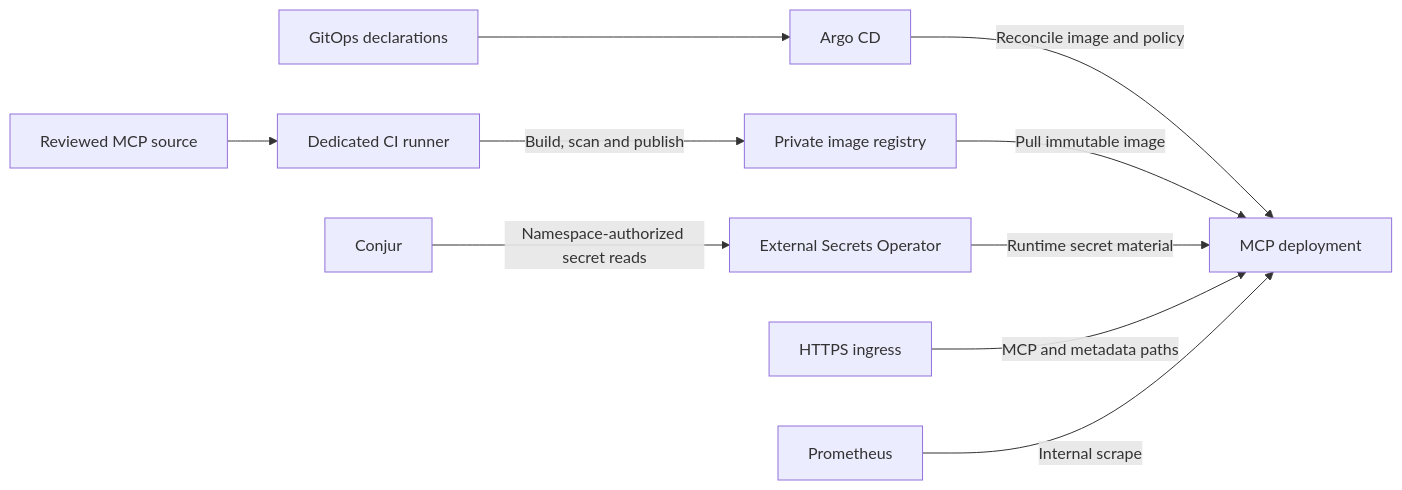
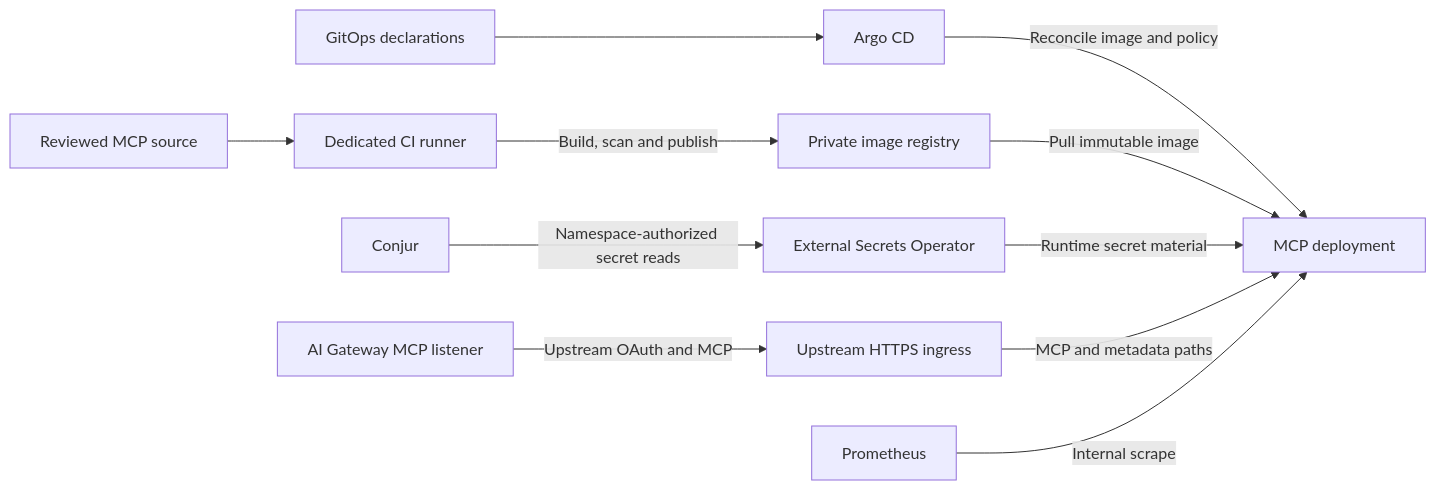
The first of 2 diagrams in docs/operations.md (cdot65/prisma-airs-reference-architecture), drawn with Mermaid before and after one commit. The commit also changed other lines of this file and 15 other files, not shown here.

Commit message:
Align all lessons and labs with required gateway MCP and alpha14 status

````diff
--- a/docs/operations.md
+++ b/docs/operations.md
@@ -13,14 +13,15 @@
 ```mermaid
 flowchart LR
     accTitle: MCP delivery and runtime separation
     accDescr: CI publishes an immutable image, Argo reconciles deployments, Conjur and External Secrets supply namespace-authorized secrets, ingress routes public requests, and Prometheus scrapes internal metrics.
     source["Reviewed MCP source"] --> ci["Dedicated CI runner"]
     ci -->|"Build, scan and publish"| registry["Private image registry"]
     declaration["GitOps declarations"] --> argo["Argo CD"]
     argo -->|"Reconcile image and policy"| deployment["MCP deployment"]
     registry -->|"Pull immutable image"| deployment
     conjur["Conjur"] -->|"Namespace-authorized secret reads"| eso["External Secrets Operator"]
     eso -->|"Runtime secret material"| deployment
-    ingress["HTTPS ingress"] -->|"MCP and metadata paths"| deployment
+    gateway["AI Gateway MCP listener"] -->|"Upstream OAuth and MCP"| ingress["Upstream HTTPS ingress"]
+    ingress -->|"MCP and metadata paths"| deployment
     prometheus["Prometheus"] -->|"Internal scrape"| deployment
 ```
````
